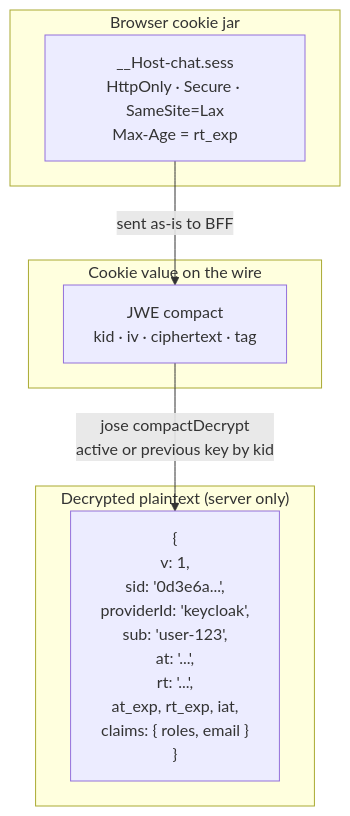
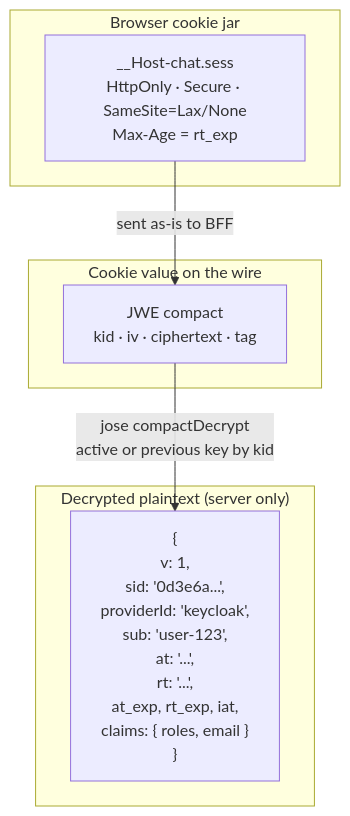
The diagram in docs/auth/auth-diagrams/07-cookie-structure.mmd (epam/ai-dial-chat), drawn with Mermaid before and after one commit. The commit also changed 40 other files, not shown here.

```diff
--- a/docs/auth/auth-diagrams/07-cookie-structure.mmd
+++ b/docs/auth/auth-diagrams/07-cookie-structure.mmd
@@ -1,19 +1,19 @@
 %% Cookie payload structure.
 %% Plaintext is JSON; ciphertext is JWE (alg=dir, enc=A256GCM).
 %% Browser sees only opaque ciphertext.
 
 flowchart TB
     subgraph Browser["Browser cookie jar"]
-        COOKIE["__Host-chat.sess<br/>HttpOnly · Secure · SameSite=Lax<br/>Max-Age = rt_exp"]
+        COOKIE["__Host-chat.sess<br/>HttpOnly · Secure · SameSite=Lax/None<br/>Max-Age = rt_exp"]
     end
 
     subgraph Wire["Cookie value on the wire"]
         JWE["JWE compact<br/>kid · iv · ciphertext · tag"]
     end
 
     subgraph Plain["Decrypted plaintext (server only)"]
         P["{<br/>  v: 1,<br/>  sid: '0d3e6a...',<br/>  providerId: 'keycloak',<br/>  sub: 'user-123',<br/>  at: '...',<br/>  rt: '...',<br/>  at_exp, rt_exp, iat,<br/>  claims: { roles, email }<br/>}"]
     end
 
     COOKIE -->|sent as-is to BFF| JWE
     JWE -->|jose compactDecrypt<br/>active or previous key by kid| P
```
